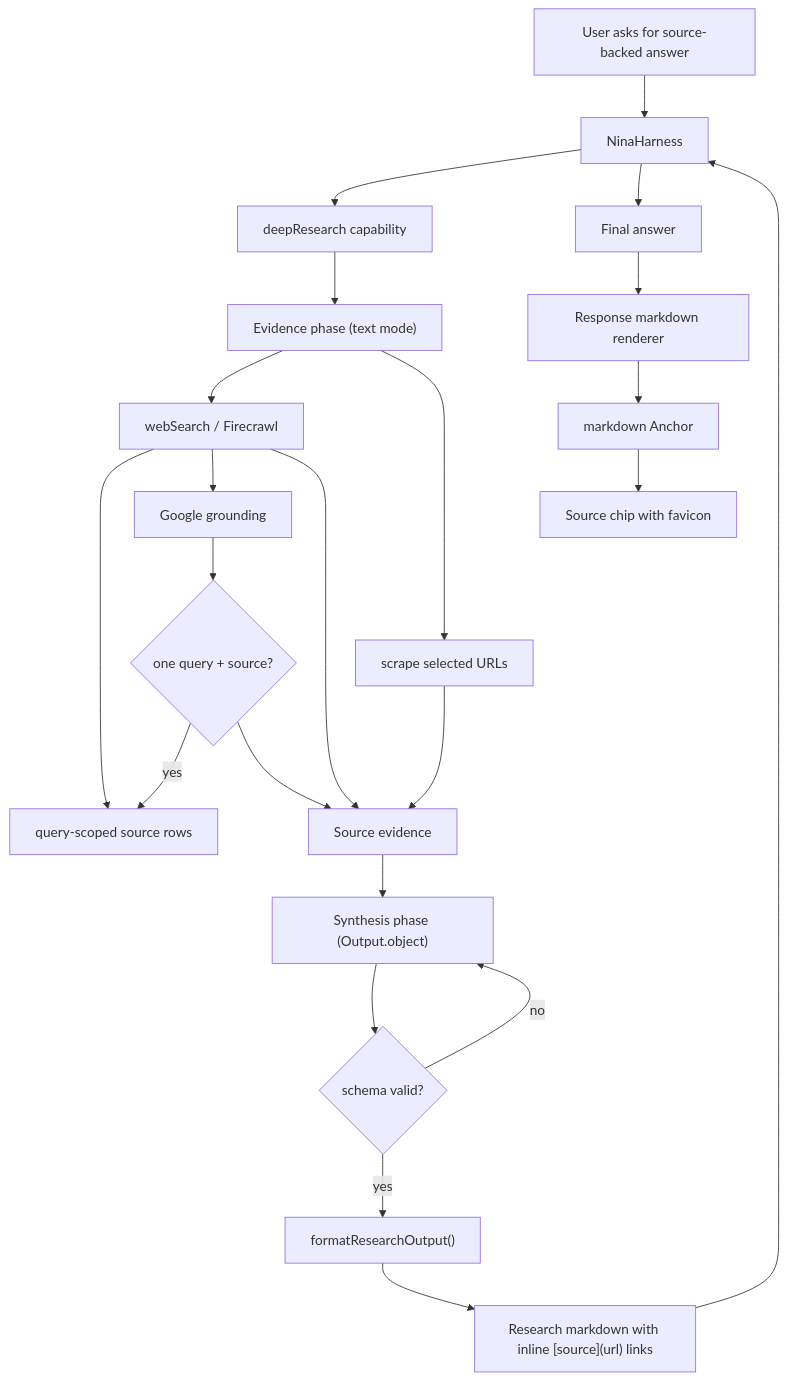
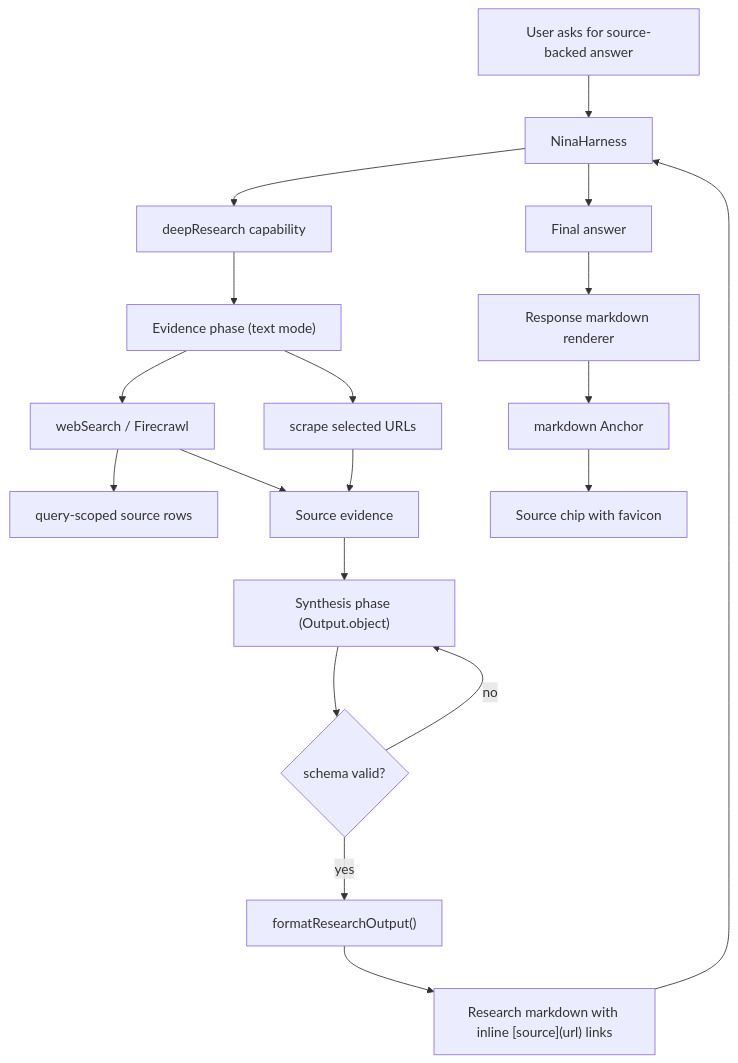
One commit to nakafaai/nakafa.com changed the first of 2 diagrams in packages/ai/agents/docs/research-citations.md. Above: the diagram before and after it, drawn with Mermaid. The commit also changed other lines of this file and 5 other files, not shown here.

Commit message:
docs(ai): remove retired Google grounding references

````diff
--- a/packages/ai/agents/docs/research-citations.md
+++ b/packages/ai/agents/docs/research-citations.md
@@ -18,25 +15,21 @@
 ```mermaid
 flowchart TD
   User["User asks for source-backed answer"] --> Harness["NinaHarness"]
   Harness --> Research["deepResearch capability"]
   Research --> Evidence["Evidence phase (text mode)"]
   Evidence --> Firecrawl["webSearch / Firecrawl"]
   Firecrawl --> SearchUI["query-scoped source rows"]
-  Firecrawl --> Google["Google grounding"]
-  Google --> GroundingGate{"one query + source?"}
-  GroundingGate -->|yes| SearchUI
   Firecrawl --> Sources["Source evidence"]
-  GroundingGate --> Sources
   Evidence --> Scrape["scrape selected URLs"]
   Scrape --> Sources
   Sources --> Synthesis["Synthesis phase (Output.object)"]
   Synthesis --> Retry{"schema valid?"}
   Retry -->|no| Synthesis
   Retry -->|yes| Render["formatResearchOutput()"]
   Render --> Linked["Research markdown with inline [source](url) links"]
   Linked --> Harness
   Harness --> Final["Final answer"]
   Final --> Response["Response markdown renderer"]
   Response --> Anchor["markdown Anchor"]
   Anchor --> Source["Source chip with favicon"]
 ```
````
